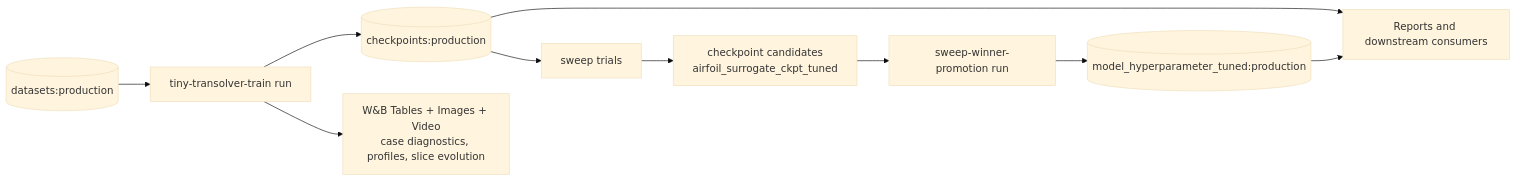
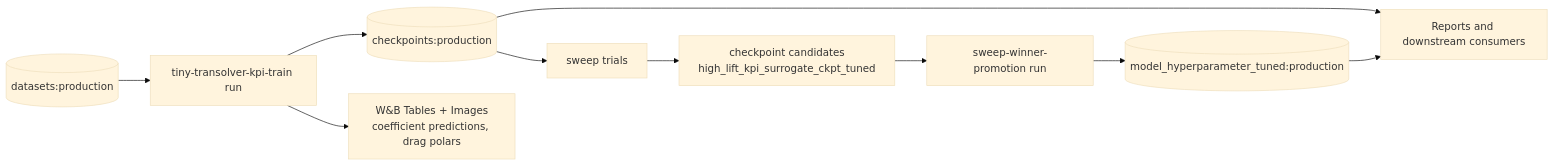
One commit to jbutt-wandb/physicsx_demo changed the third of 3 diagrams in README.md. Above: the diagram before and after it, drawn with Mermaid (base theme). The commit also changed other lines of this file and 28 other files, not shown here.

First line of the commit message:
Switch workshop to real HiLiftAeroML KPI surrogate

````diff
--- a/README.md
+++ b/README.md
@@ -185,12 +228,12 @@
 ```mermaid
 flowchart LR
-    D[(datasets:production)] --> T[tiny-transolver-train run]
+    D[(datasets:production)] --> T[tiny-transolver-kpi-train run]
     T --> C[(checkpoints:production)]
-    T --> M[W&B Tables + Images + Video<br/>case diagnostics, profiles, slice evolution]
+    T --> M[W&B Tables + Images<br/>coefficient predictions, drag polars]
     C --> S[sweep trials]
-    S --> A[checkpoint candidates<br/>airfoil_surrogate_ckpt_tuned]
+    S --> A[checkpoint candidates<br/>high_lift_kpi_surrogate_ckpt_tuned]
     A --> P[sweep-winner-promotion run]
     P --> H[(model_hyperparameter_tuned:production)]
     C --> R[Reports and downstream consumers]
     H --> R
 ```
````
